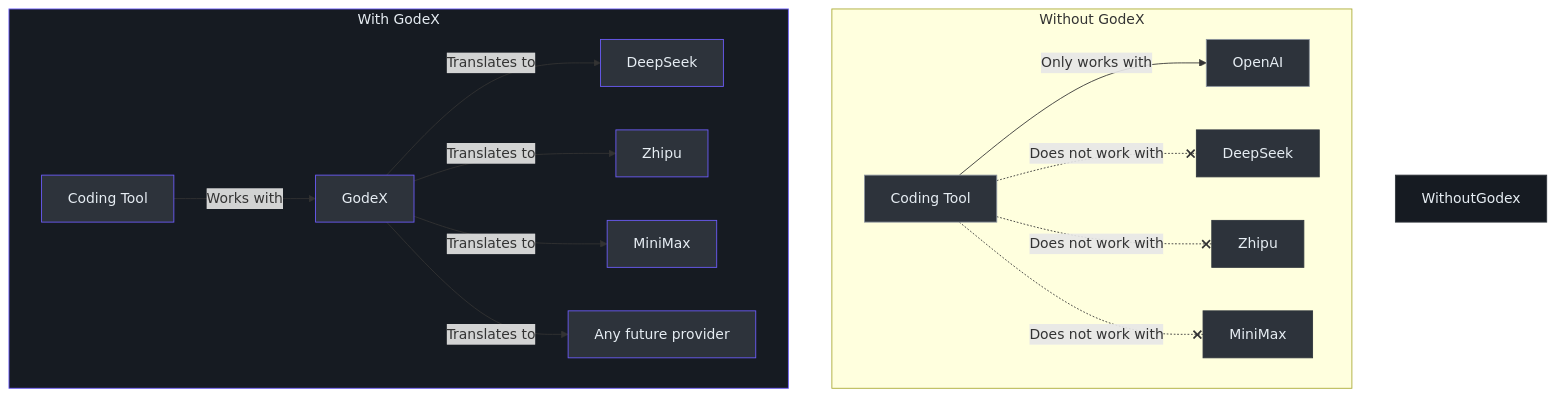
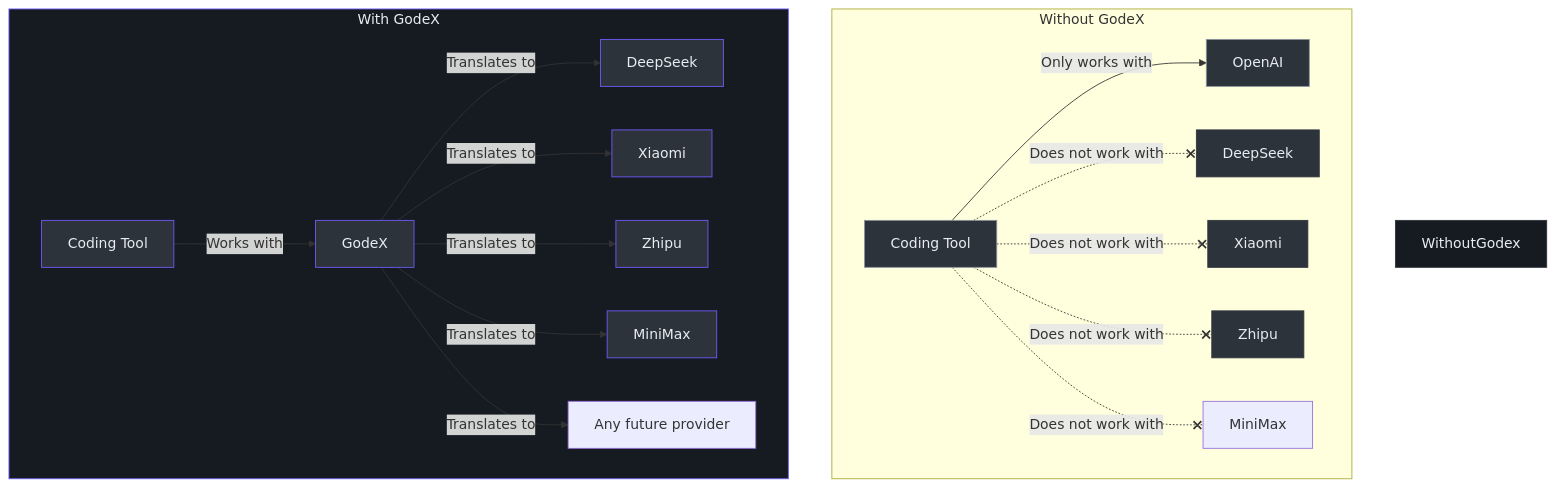
Before and after one commit to zamelee/GodeX: the second of 5 diagrams in wiki/onboarding/product-manager-guide.md, drawn with Mermaid. The commit also changed other lines of this file and 32 other files, not shown here.

First line of the commit message:
feat: add Xiaomi MiMo provider support (#127)

````diff
--- a/wiki/onboarding/product-manager-guide.md
+++ b/wiki/onboarding/product-manager-guide.md
@@ -70,31 +70,33 @@
 ```mermaid
 graph TB
   subgraph WithoutGodeX["Without GodeX"]
     W1["Coding Tool"] -->|"Only works with"| W2["OpenAI"]
     W1 -.-x|"Does not work with"| W3["DeepSeek"]
-    W1 -.-x|"Does not work with"| W4["Zhipu"]
-    W1 -.-x|"Does not work with"| W5["MiniMax"]
+    W1 -.-x|"Does not work with"| W4["Xiaomi"]
+    W1 -.-x|"Does not work with"| W5["Zhipu"]
+    W1 -.-x|"Does not work with"| W6["MiniMax"]
   end
 
   subgraph WithGodeX["With GodeX"]
     G1["Coding Tool"] -->|"Works with"| G2["GodeX"]
     G2 -->|"Translates to"| G3["DeepSeek"]
-    G2 -->|"Translates to"| G4["Zhipu"]
-    G2 -->|"Translates to"| G5["MiniMax"]
-    G2 -->|"Translates to"| G6["Any future provider"]
+    G2 -->|"Translates to"| G4["Xiaomi"]
+    G2 -->|"Translates to"| G5["Zhipu"]
+    G2 -->|"Translates to"| G6["MiniMax"]
+    G2 -->|"Translates to"| G7["Any future provider"]
   end
 
   style WithoutGodex fill:#161b22,stroke:#30363d,color:#e6edf3
   style WithGodeX fill:#161b22,stroke:#6d5dfc,color:#e6edf3
   style W1 fill:#2d333b,stroke:#8b949e,color:#e6edf3
   style W2 fill:#2d333b,stroke:#8b949e,color:#e6edf3
   style W3 fill:#2d333b,stroke:#30363d,color:#e6edf3
   style W4 fill:#2d333b,stroke:#30363d,color:#e6edf3
   style W5 fill:#2d333b,stroke:#30363d,color:#e6edf3
   style G1 fill:#2d333b,stroke:#6d5dfc,color:#e6edf3
   style G2 fill:#2d333b,stroke:#6d5dfc,color:#e6edf3
   style G3 fill:#2d333b,stroke:#6d5dfc,color:#e6edf3
   style G4 fill:#2d333b,stroke:#6d5dfc,color:#e6edf3
   style G5 fill:#2d333b,stroke:#6d5dfc,color:#e6edf3
   style G6 fill:#2d333b,stroke:#6d5dfc,color:#e6edf3
 ```
````
